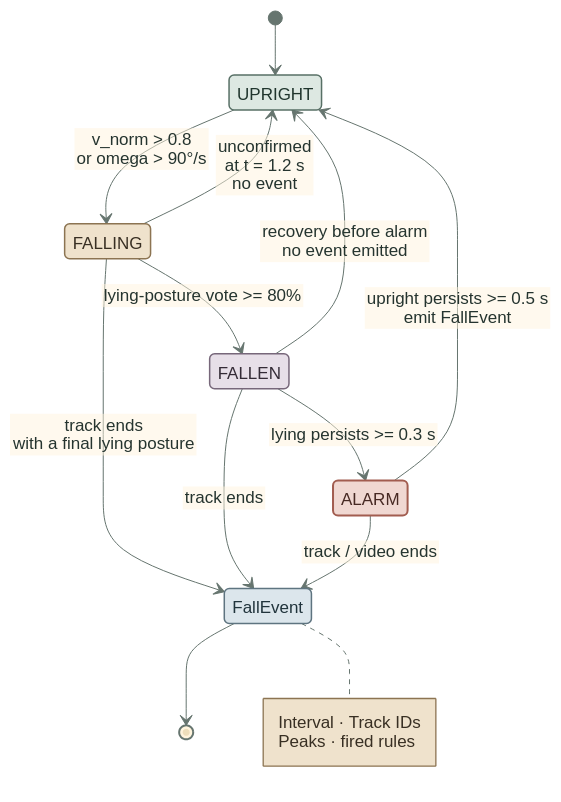
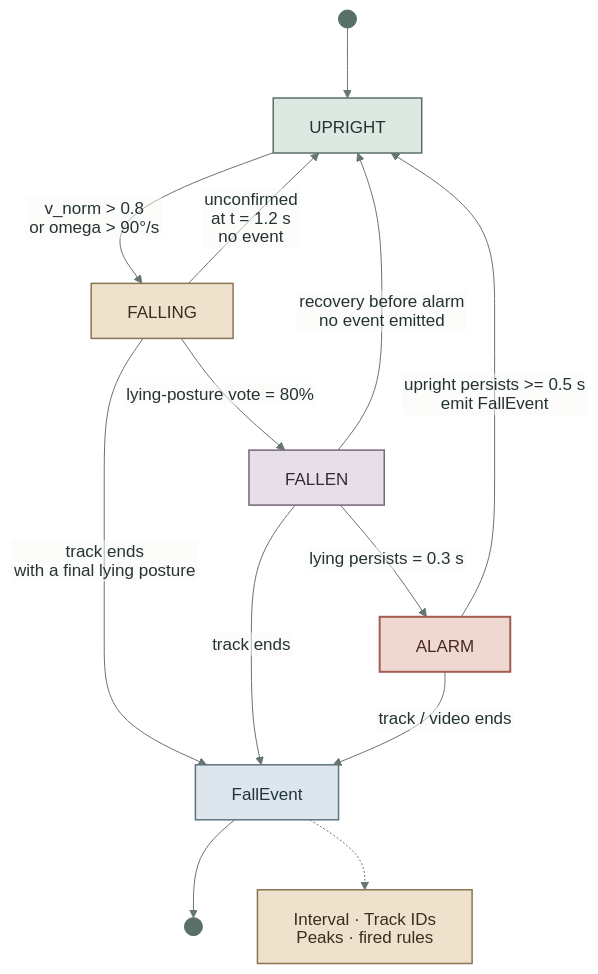
Before and after one commit to kuotunyu/fall-detection-pose: the third of 3 diagrams in README.en.md, drawn with Mermaid. The commit also changed 1 other file, not shown here.

Commit message:
docs: harden state diagram layout

````diff
--- a/README.en.md
+++ b/README.en.md
@@ -212,40 +212,42 @@
 ```mermaid
-%%{init: {'theme': 'base', 'htmlLabels': false, 'themeVariables': {'fontSize': '17px', 'fontFamily': 'Arial, sans-serif', 'lineColor': '#66756F', 'primaryTextColor': '#25342F', 'edgeLabelBackground': '#FAF9F6', 'noteBkgColor': '#EFE2CC', 'noteBorderColor': '#8C7452', 'noteTextColor': '#382F23'}}}%%
-stateDiagram-v2
-    direction TB
-    %% En spaces compensate for GitHub's state-node text metrics.
-    state " UPRIGHT " as UPRIGHT
-    state " FALLING " as FALLING
-    state " FALLEN " as FALLEN
-    state " ALARM " as ALARM
-    state " FallEvent " as FallEvent
-    [*] --> UPRIGHT
-    UPRIGHT --> FALLING: v_norm > 0.8<br/>or omega > 90°/s
-    FALLING --> FALLEN: lying-posture vote >= 80%
-    FALLING --> UPRIGHT: unconfirmed<br/>at t = 1.2 s<br/>no event
-    FALLEN --> ALARM: lying persists >= 0.3 s
-    FALLEN --> UPRIGHT: recovery before alarm<br/>no event emitted
-    ALARM --> UPRIGHT: upright persists >= 0.5 s<br/>emit FallEvent
+%%{init: {'theme': 'base', 'htmlLabels': false, 'flowchart': {'nodeSpacing': 55, 'rankSpacing': 70, 'curve': 'basis', 'padding': 18}, 'themeVariables': {'fontSize': '17px', 'fontFamily': 'Arial, sans-serif', 'lineColor': '#66756F', 'primaryTextColor': '#25342F', 'edgeLabelBackground': '#FAF9F6'}}}%%
+flowchart TB
+    Start(( ))
+    UPRIGHT["UPRIGHT"]
+    FALLING["FALLING"]
+    FALLEN["FALLEN"]
+    ALARM["ALARM"]
+    FallEvent["FallEvent"]
+    End(( ))
+    Evidence["Interval · Track IDs<br/>Peaks · fired rules"]
 
-    FALLING --> FallEvent: track ends<br/>with a final lying posture
-    FALLEN --> FallEvent: track ends
-    ALARM --> FallEvent: track / video ends
-    FallEvent --> [*]
+    Start --> UPRIGHT
+    UPRIGHT -->|"v_norm > 0.8<br/>or omega > 90°/s"| FALLING
+    FALLING -->|"lying-posture vote >= 80%"| FALLEN
+    FALLING -->|"unconfirmed<br/>at t = 1.2 s<br/>no event"| UPRIGHT
+    FALLEN -->|"lying persists >= 0.3 s"| ALARM
+    FALLEN -->|"recovery before alarm<br/>no event emitted"| UPRIGHT
+    ALARM -->|"upright persists >= 0.5 s<br/>emit FallEvent"| UPRIGHT
 
-    note right of FallEvent
-        Interval · Track IDs
-        Peaks · fired rules
-    end note
+    FALLING -->|"track ends<br/>with a final lying posture"| FallEvent
+    FALLEN -->|"track ends"| FallEvent
+    ALARM -->|"track / video ends"| FallEvent
+    FallEvent --> End
+    FallEvent -.-> Evidence
 
     classDef upright fill:#DDE8E2,stroke:#587066,stroke-width:1.5px,color:#20352D
     classDef falling fill:#EFE2CC,stroke:#8C7452,stroke-width:1.5px,color:#382F23
     classDef fallen fill:#E7DFE8,stroke:#77677A,stroke-width:1.5px,color:#342B36
     classDef alarm fill:#F0D8D2,stroke:#A25D50,stroke-width:2px,color:#472923
     classDef event fill:#DCE6EC,stroke:#5E7480,stroke-width:1.5px,color:#21343C
+    classDef endpoint fill:#587066,stroke:#587066,color:#587066
+    classDef evidence fill:#EFE2CC,stroke:#8C7452,stroke-width:1.5px,color:#382F23
 
     class UPRIGHT upright
     class FALLING falling
     class FALLEN fallen
     class ALARM alarm
     class FallEvent event
+    class Start,End endpoint
+    class Evidence evidence
 ```
````
